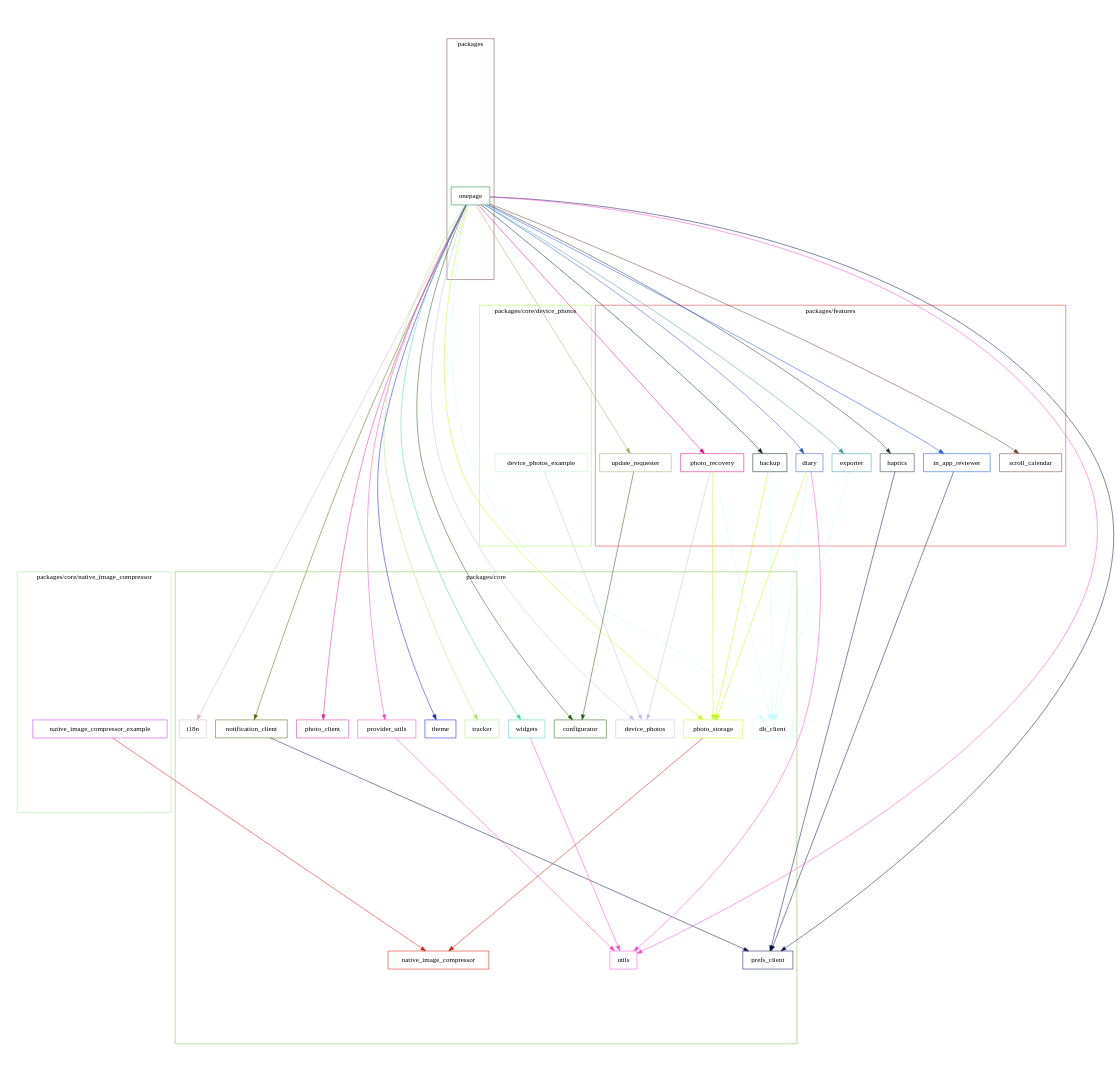
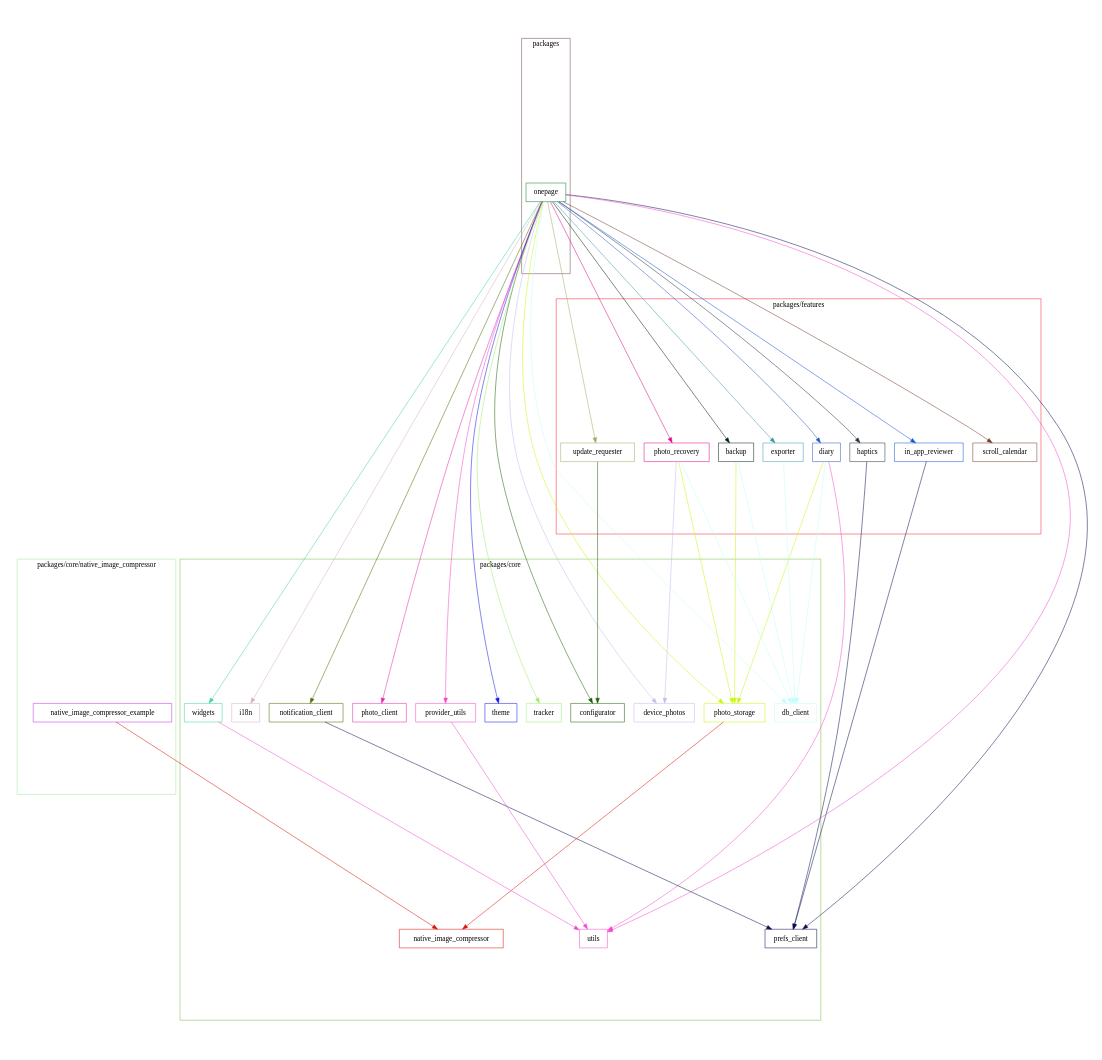
The diagram in docs/dependency_graph.dot (naipaka/onepage), drawn with Graphviz before and after one commit. The commit also changed 1 other file, not shown here.

Commit message:
Update Dependency Graph and SVG image (#319)

```diff
--- a/docs/dependency_graph.dot
+++ b/docs/dependency_graph.dot
@@ -1,112 +1,105 @@
 digraph packages {
   size="10"; ratio=fill;
   backup [shape="box"; color="#022013"];
   configurator [shape="box"; color="#205f06"];
   db_client [shape="box"; color="#c4fbfc"];
   device_photos [shape="box"; color="#bebfed"];
-  device_photos_example [shape="box"; color="#b5f5c9"];
   diary [shape="box"; color="#2c56bd"];
   exporter [shape="box"; color="#3e99a6"];
   haptics [shape="box"; color="#26343c"];
   i18n [shape="box"; color="#d7afc5"];
   in_app_reviewer [shape="box"; color="#1253da"];
   native_image_compressor [shape="box"; color="#d71507"];
   native_image_compressor_example [shape="box"; color="#c031ef"];
   notification_client [shape="box"; color="#4d6b02"];
   onepage [shape="box"; color="#08802d"];
   photo_client [shape="box"; color="#e227a9"];
   photo_recovery [shape="box"; color="#e2078b"];
   photo_storage [shape="box"; color="#c6f715"];
   prefs_client [shape="box"; color="#080f51"];
   provider_utils [shape="box"; color="#f445c4"];
   scroll_calendar [shape="box"; color="#713e2e"];
   theme [shape="box"; color="#1214e6"];
   tracker [shape="box"; color="#a0eb6a"];
   update_requester [shape="box"; color="#a2aa60"];
   utils [shape="box"; color="#f548cf"];
   widgets [shape="box"; color="#3ed5a4"];
   backup -> db_client [style="filled"; color="#c4fbfc"];
   backup -> photo_storage [style="filled"; color="#c6f715"];
-  device_photos_example -> device_photos [style="filled"; color="#bebfed"];
   diary -> db_client [style="filled"; color="#c4fbfc"];
   diary -> photo_storage [style="filled"; color="#c6f715"];
   diary -> utils [style="filled"; color="#f548cf"];
   exporter -> db_client [style="filled"; color="#c4fbfc"];
   haptics -> prefs_client [style="filled"; color="#080f51"];
   in_app_reviewer -> prefs_client [style="filled"; color="#080f51"];
   native_image_compressor_example -> native_image_compressor [style="filled"; color="#d71507"];
   notification_client -> prefs_client [style="filled"; color="#080f51"];
   onepage -> backup [style="filled"; color="#022013"];
   onepage -> configurator [style="filled"; color="#205f06"];
   onepage -> db_client [style="filled"; color="#c4fbfc"];
   onepage -> device_photos [style="filled"; color="#bebfed"];
   onepage -> diary [style="filled"; color="#2c56bd"];
   onepage -> exporter [style="filled"; color="#3e99a6"];
   onepage -> haptics [style="filled"; color="#26343c"];
   onepage -> i18n [style="filled"; color="#d7afc5"];
   onepage -> in_app_reviewer [style="filled"; color="#1253da"];
   onepage -> notification_client [style="filled"; color="#4d6b02"];
   onepage -> photo_client [style="filled"; color="#e227a9"];
   onepage -> photo_recovery [style="filled"; color="#e2078b"];
   onepage -> photo_storage [style="filled"; color="#c6f715"];
   onepage -> prefs_client [style="filled"; color="#080f51"];
   onepage -> provider_utils [style="filled"; color="#f445c4"];
   onepage -> scroll_calendar [style="filled"; color="#713e2e"];
   onepage -> theme [style="filled"; color="#1214e6"];
   onepage -> tracker [style="filled"; color="#a0eb6a"];
   onepage -> update_requester [style="filled"; color="#a2aa60"];
   onepage -> utils [style="filled"; color="#f548cf"];
   onepage -> widgets [style="filled"; color="#3ed5a4"];
   photo_recovery -> db_client [style="filled"; color="#c4fbfc"];
   photo_recovery -> device_photos [style="filled"; color="#bebfed"];
   photo_recovery -> photo_storage [style="filled"; color="#c6f715"];
   photo_storage -> native_image_compressor [style="filled"; color="#d71507"];
   provider_utils -> utils [style="filled"; color="#f548cf"];
   update_requester -> configurator [style="filled"; color="#205f06"];
   widgets -> utils [style="filled"; color="#f548cf"];
   subgraph "cluster packages/features" {
     label="packages/features";
     color="#f62736";
     backup;
     diary;
     exporter;
     haptics;
     in_app_reviewer;
     photo_recovery;
     scroll_calendar;
     update_requester;
   }
   subgraph "cluster packages/core" {
     label="packages/core";
     color="#7bbd47";
     configurator;
     db_client;
     device_photos;
     i18n;
     native_image_compressor;
     notification_client;
     photo_client;
     photo_storage;
     prefs_client;
     provider_utils;
     theme;
     tracker;
     utils;
     widgets;
   }
-  subgraph "cluster packages/core/device_photos" {
-    label="packages/core/device_photos";
-    color="#99fd55";
-    device_photos_example;
-  }
   subgraph "cluster packages/core/native_image_compressor" {
     label="packages/core/native_image_compressor";
     color="#9fe999";
     native_image_compressor_example;
   }
   subgraph "cluster packages" {
     label="packages";
     color="#6b4949";
     onepage;
   }
 }
```
